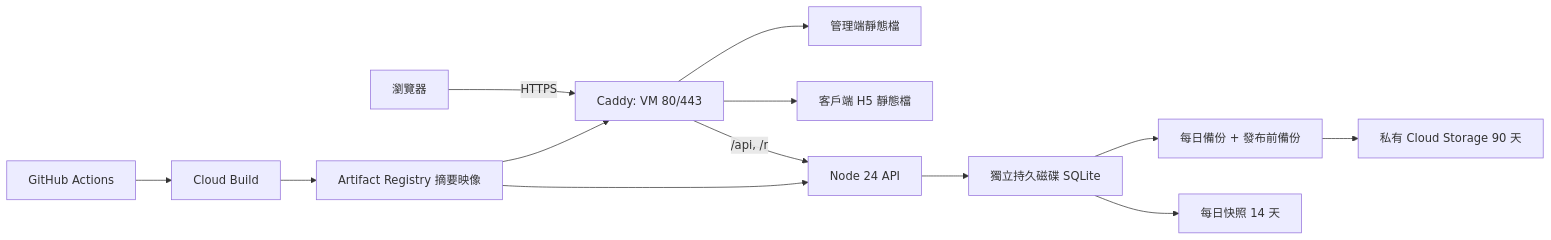
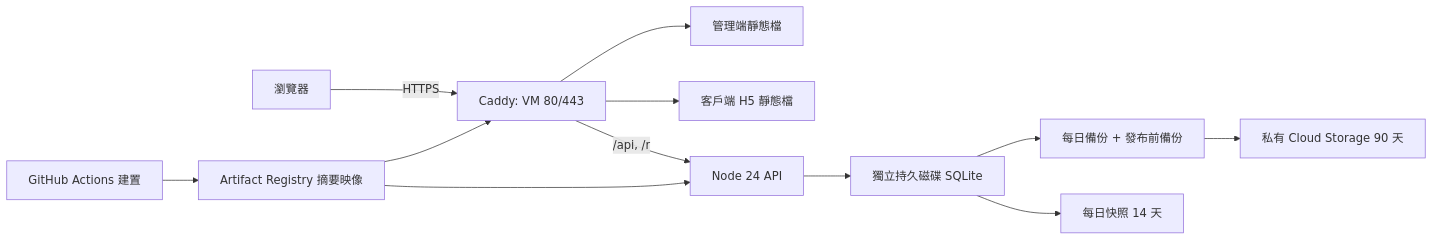
Before and after one commit to masterappIT/dualplate: the diagram in docs/deploy.md, drawn with Mermaid. The commit also changed other lines of this file and 3 other files, not shown here.

First line of the commit message:
Build release images on the GitHub runner instead of Cloud Build

````diff
--- a/docs/deploy.md
+++ b/docs/deploy.md
@@ -5,15 +5,14 @@
 ```mermaid
 flowchart LR
   Users[瀏覽器] -->|HTTPS| Caddy[Caddy: VM 80/443]
   Caddy --> Admin[管理端靜態檔]
   Caddy --> Mobile[客戶端 H5 靜態檔]
   Caddy -->|/api, /r| API[Node 24 API]
   API --> Disk[獨立持久磁碟 SQLite]
   Disk --> Backup[每日備份 + 發布前備份]
   Backup --> GCS[私有 Cloud Storage 90 天]
   Disk --> Snap[每日快照 14 天]
-  GitHub[GitHub Actions] --> Build[Cloud Build]
-  Build --> Registry[Artifact Registry 摘要映像]
+  GitHub[GitHub Actions 建置] --> Registry[Artifact Registry 摘要映像]
   Registry --> Caddy
   Registry --> API
 ```
````
